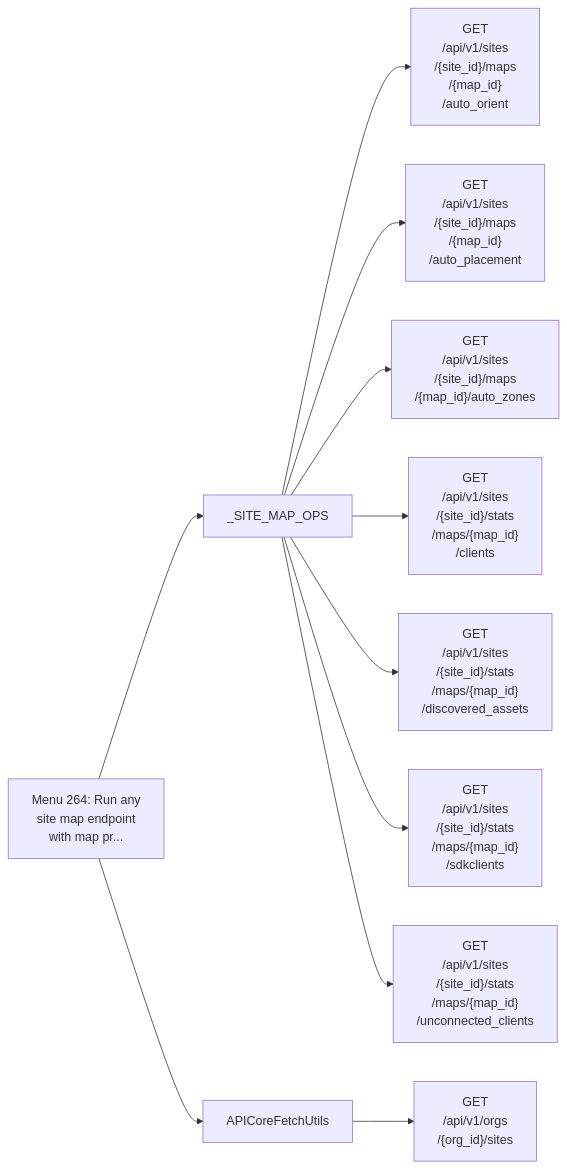
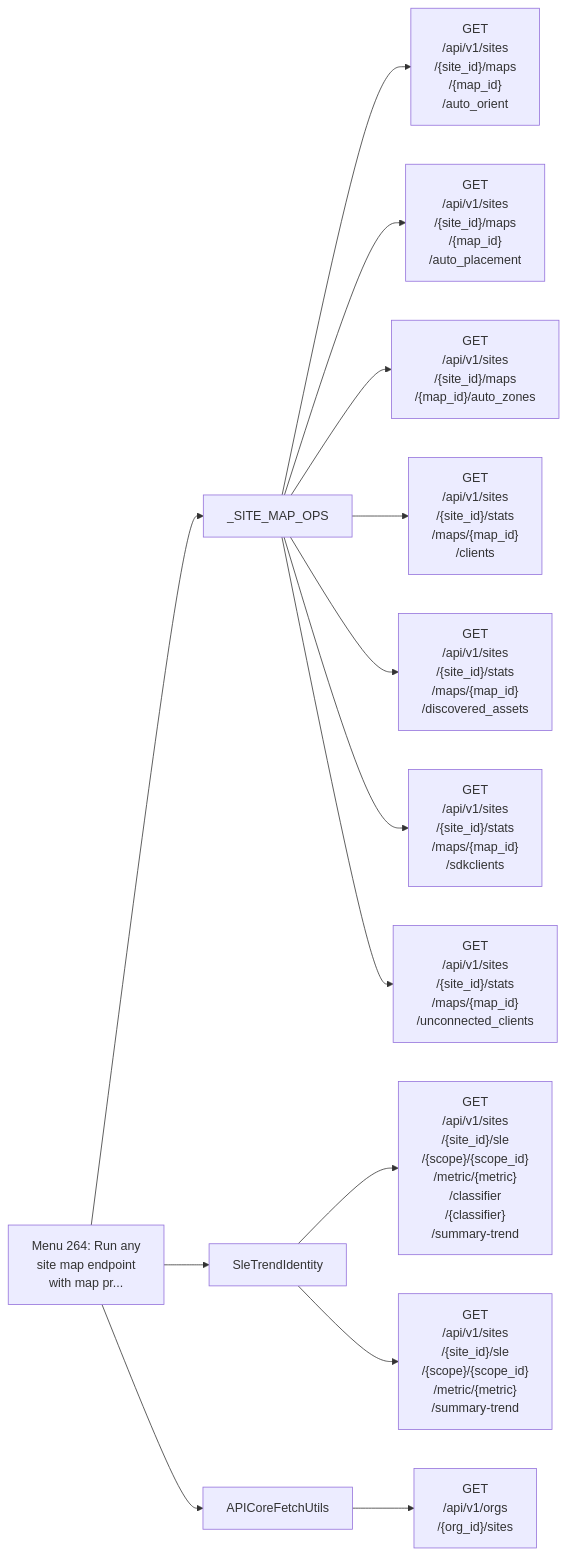
One commit to jmorrison-juniper/MistHelper changed diagram 21 of 26 in documentation/menu-api/interactive-safe.md. Above: the diagram before and after it, drawn with Mermaid. The commit also changed other lines of this file and 19 other files, not shown here.

First line of the commit message:
fix(export): preserve complete SLE trend window identities (#4350)

````diff
--- a/documentation/menu-api/interactive-safe.md
+++ b/documentation/menu-api/interactive-safe.md
@@ -1575,14 +1575,17 @@
 ```mermaid
 flowchart LR
     menu["Menu 264: Run any<br/>site map endpoint<br/>with map pr..."]
     menu --> c1["_SITE_MAP_OPS"]
     c1 --> e1["GET<br/>/api/v1/sites<br/>/{site_id}/maps<br/>/{map_id}<br/>/auto_orient"]
     c1 --> e2["GET<br/>/api/v1/sites<br/>/{site_id}/maps<br/>/{map_id}<br/>/auto_placement"]
     c1 --> e3["GET<br/>/api/v1/sites<br/>/{site_id}/maps<br/>/{map_id}/auto_zones"]
     c1 --> e4["GET<br/>/api/v1/sites<br/>/{site_id}/stats<br/>/maps/{map_id}<br/>/clients"]
     c1 --> e5["GET<br/>/api/v1/sites<br/>/{site_id}/stats<br/>/maps/{map_id}<br/>/discovered_assets"]
     c1 --> e6["GET<br/>/api/v1/sites<br/>/{site_id}/stats<br/>/maps/{map_id}<br/>/sdkclients"]
     c1 --> e7["GET<br/>/api/v1/sites<br/>/{site_id}/stats<br/>/maps/{map_id}<br/>/unconnected_clients"]
-    menu --> c2["APICoreFetchUtils"]
-    c2 --> e8["GET<br/>/api/v1/orgs<br/>/{org_id}/sites"]
+    menu --> c2["SleTrendIdentity"]
+    c2 --> e8["GET<br/>/api/v1/sites<br/>/{site_id}/sle<br/>/{scope}/{scope_id}<br/>/metric/{metric}<br/>/classifier<br/>/{classifier}<br/>/summary-trend"]
+    c2 --> e9["GET<br/>/api/v1/sites<br/>/{site_id}/sle<br/>/{scope}/{scope_id}<br/>/metric/{metric}<br/>/summary-trend"]
+    menu --> c3["APICoreFetchUtils"]
+    c3 --> e10["GET<br/>/api/v1/orgs<br/>/{org_id}/sites"]
 ```
````
